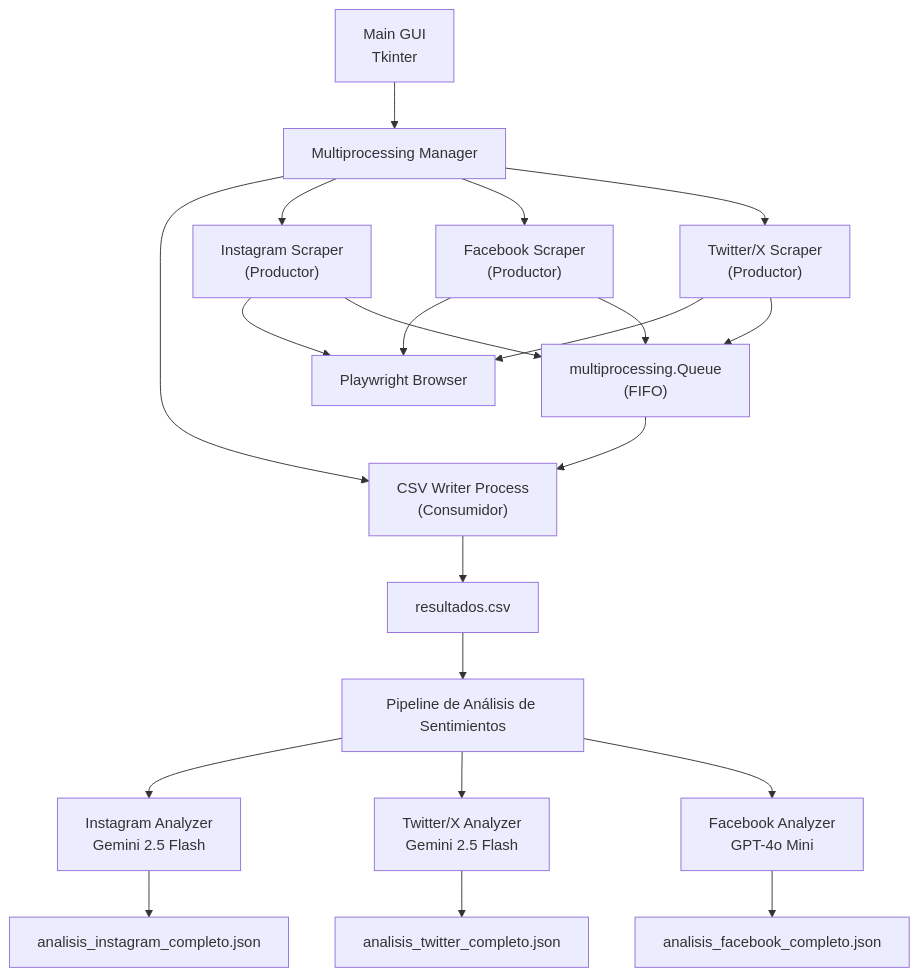
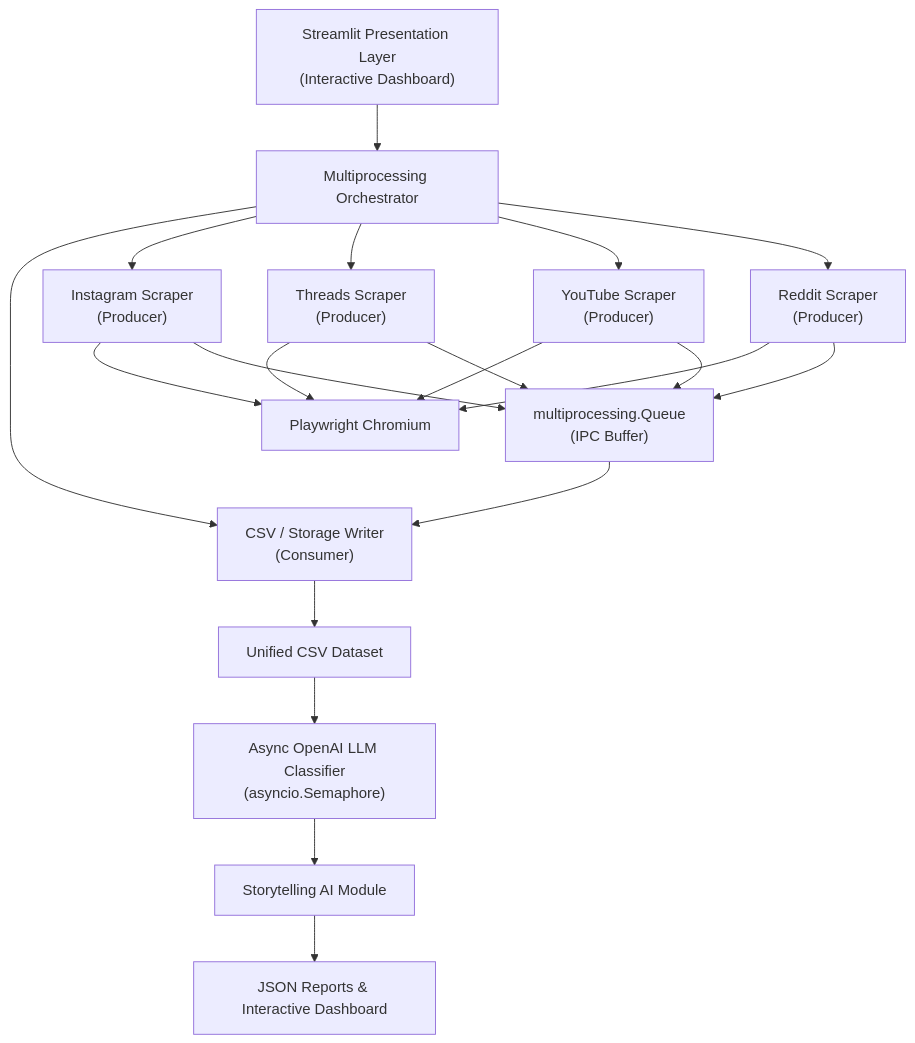
The diagram in README.md (AndresLLivichushca/feelling_extraction), drawn with Mermaid before and after one commit. The commit also changed other lines of this file, not shown here.

````diff
--- a/README.md
+++ b/README.md
@@ -49,32 +92,31 @@
 ```mermaid
 graph TB
 
-    A["Main GUI<br/>Tkinter"] --> B["Multiprocessing Manager"]
+    A["Streamlit Presentation Layer<br/>(Interactive Dashboard)"] --> B["Multiprocessing Orchestrator"]
 
-    B --> C["CSV Writer Process<br/>(Consumidor)"]
-    B --> D["Instagram Scraper<br/>(Productor)"]
-    B --> E["Facebook Scraper<br/>(Productor)"]
-    B --> F["Twitter/X Scraper<br/>(Productor)"]
+    B --> C["CSV / Storage Writer<br/>(Consumer)"]
+    B --> D["Instagram Scraper<br/>(Producer)"]
+    B --> E["Threads Scraper<br/>(Producer)"]
+    B --> F["YouTube Scraper<br/>(Producer)"]
+    B --> G["Reddit Scraper<br/>(Producer)"]
 
-    D --> G["Playwright Browser"]
-    E --> G
-    F --> G
-
-    D --> H["multiprocessing.Queue<br/>(FIFO)"]
+    D --> H["Playwright Chromium"]
     E --> H
     F --> H
+    G --> H
 
-    H --> C
+    D --> I["multiprocessing.Queue<br/>(IPC Buffer)"]
+    E --> I
+    F --> I
+    G --> I
 
-    C --> I["resultados.csv"]
+    I --> C
 
-    I --> J["Pipeline de Análisis de Sentimientos"]
+    C --> J["Unified CSV Dataset"]
 
-    J --> K["Instagram Analyzer<br/>Gemini 2.5 Flash"]
-    J --> L["Twitter/X Analyzer<br/>Gemini 2.5 Flash"]
-    J --> M["Facebook Analyzer<br/>GPT-4o Mini"]
+    J --> K["Async OpenAI LLM Classifier<br/>(asyncio.Semaphore)"]
 
-    K --> N["analisis_instagram_completo.json"]
-    L --> O["analisis_twitter_completo.json"]
-    M --> P["analisis_facebook_completo.json"]
+    K --> L["Storytelling AI Module"]
+
+    L --> M["JSON Reports & Interactive Dashboard"]
 ```
````
